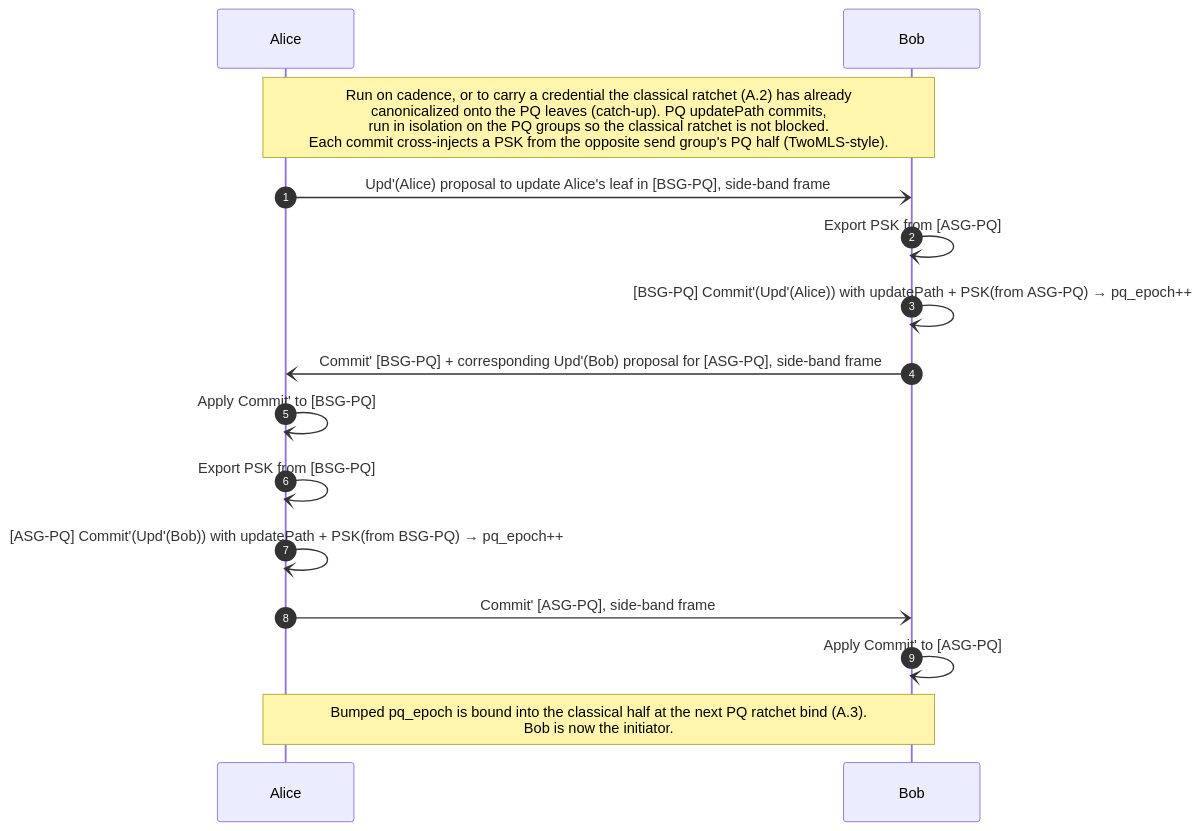
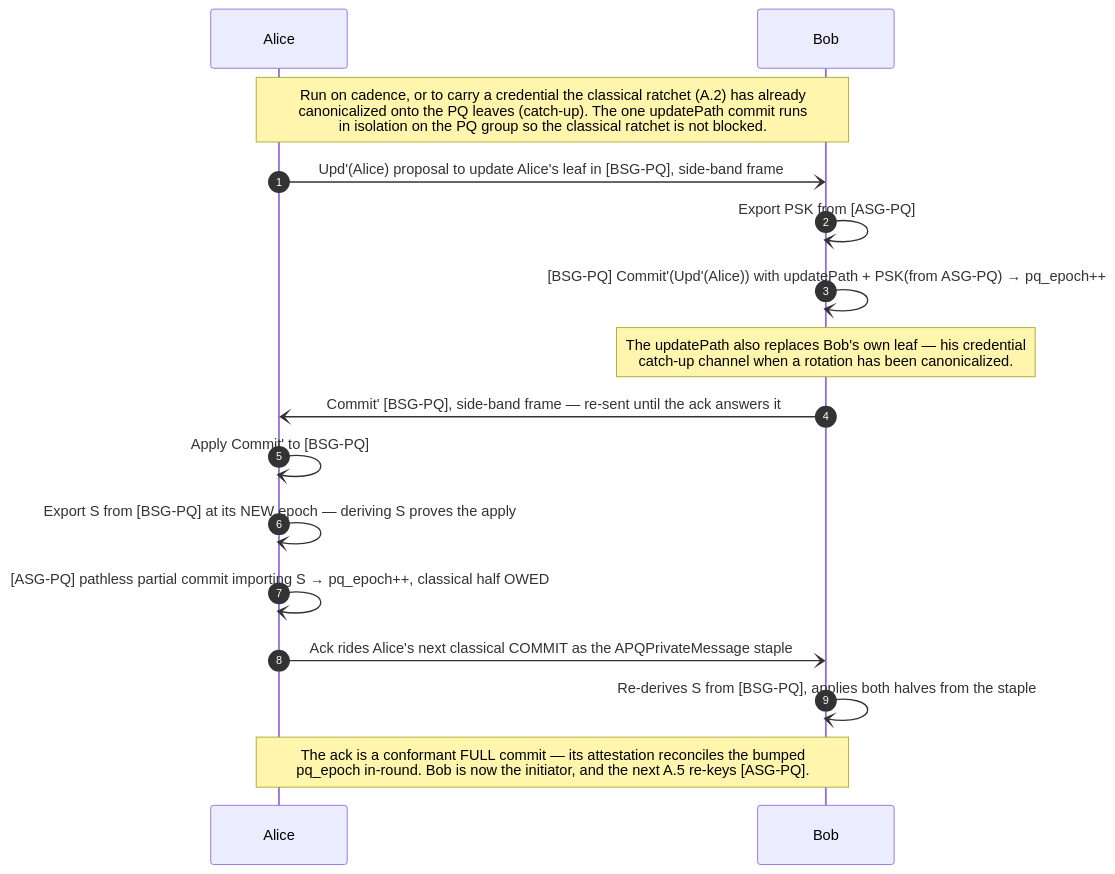
The tenth of 10 diagrams in two-mls-pq/book/src/protocol-flows.md (germ-network/TwoMLSPQ), drawn with Mermaid before and after one commit. The commit also changed other lines of this file and 16 other files, not shown here.

First line of the commit message:
Close every round with a stapled bind; retirement machinery goes

````diff
--- a/two-mls-pq/book/src/protocol-flows.md
+++ b/two-mls-pq/book/src/protocol-flows.md
@@ -474,19 +483,20 @@
 ```mermaid
 sequenceDiagram
     autonumber
     participant Alice
     participant Bob
 
-    Note over Alice,Bob: Run on cadence, or to carry a credential the classical ratchet (A.2) has already<br/>canonicalized onto the PQ leaves (catch-up). PQ updatePath commits,<br/>run in isolation on the PQ groups so the classical ratchet is not blocked.<br/>Each commit cross-injects a PSK from the opposite send group's PQ half (TwoMLS-style).
+    Note over Alice,Bob: Run on cadence, or to carry a credential the classical ratchet (A.2) has already<br/>canonicalized onto the PQ leaves (catch-up). The one updatePath commit runs<br/>in isolation on the PQ group so the classical ratchet is not blocked.
 
     Alice-)Bob: Upd'(Alice) proposal to update Alice's leaf in [BSG-PQ], side-band frame
     Bob-)Bob: Export PSK from [ASG-PQ]
     Bob-)Bob: [BSG-PQ] Commit'(Upd'(Alice)) with updatePath + PSK(from ASG-PQ) → pq_epoch++
-    Bob-)Alice: Commit' [BSG-PQ] + corresponding Upd'(Bob) proposal for [ASG-PQ], side-band frame
+    Note over Bob: The updatePath also replaces Bob's own leaf — his credential<br/>catch-up channel when a rotation has been canonicalized.
+    Bob-)Alice: Commit' [BSG-PQ], side-band frame — re-sent until the ack answers it
     Alice-)Alice: Apply Commit' to [BSG-PQ]
-    Alice-)Alice: Export PSK from [BSG-PQ]
-    Alice-)Alice: [ASG-PQ] Commit'(Upd'(Bob)) with updatePath + PSK(from BSG-PQ) → pq_epoch++
-    Alice-)Bob: Commit' [ASG-PQ], side-band frame
-    Bob-)Bob: Apply Commit' to [ASG-PQ]
-    Note over Alice,Bob: Bumped pq_epoch is bound into the classical half at the next PQ ratchet bind (A.3).<br/>Bob is now the initiator.
+    Alice-)Alice: Export S from [BSG-PQ] at its NEW epoch — deriving S proves the apply
+    Alice-)Alice: [ASG-PQ] pathless partial commit importing S → pq_epoch++, classical half OWED
+    Alice-)Bob: Ack rides Alice's next classical COMMIT as the APQPrivateMessage staple
+    Bob-)Bob: Re-derives S from [BSG-PQ], applies both halves from the staple
+    Note over Alice,Bob: The ack is a conformant FULL commit — its attestation reconciles the bumped<br/>pq_epoch in-round. Bob is now the initiator, and the next A.5 re-keys [ASG-PQ].
 ```
````
